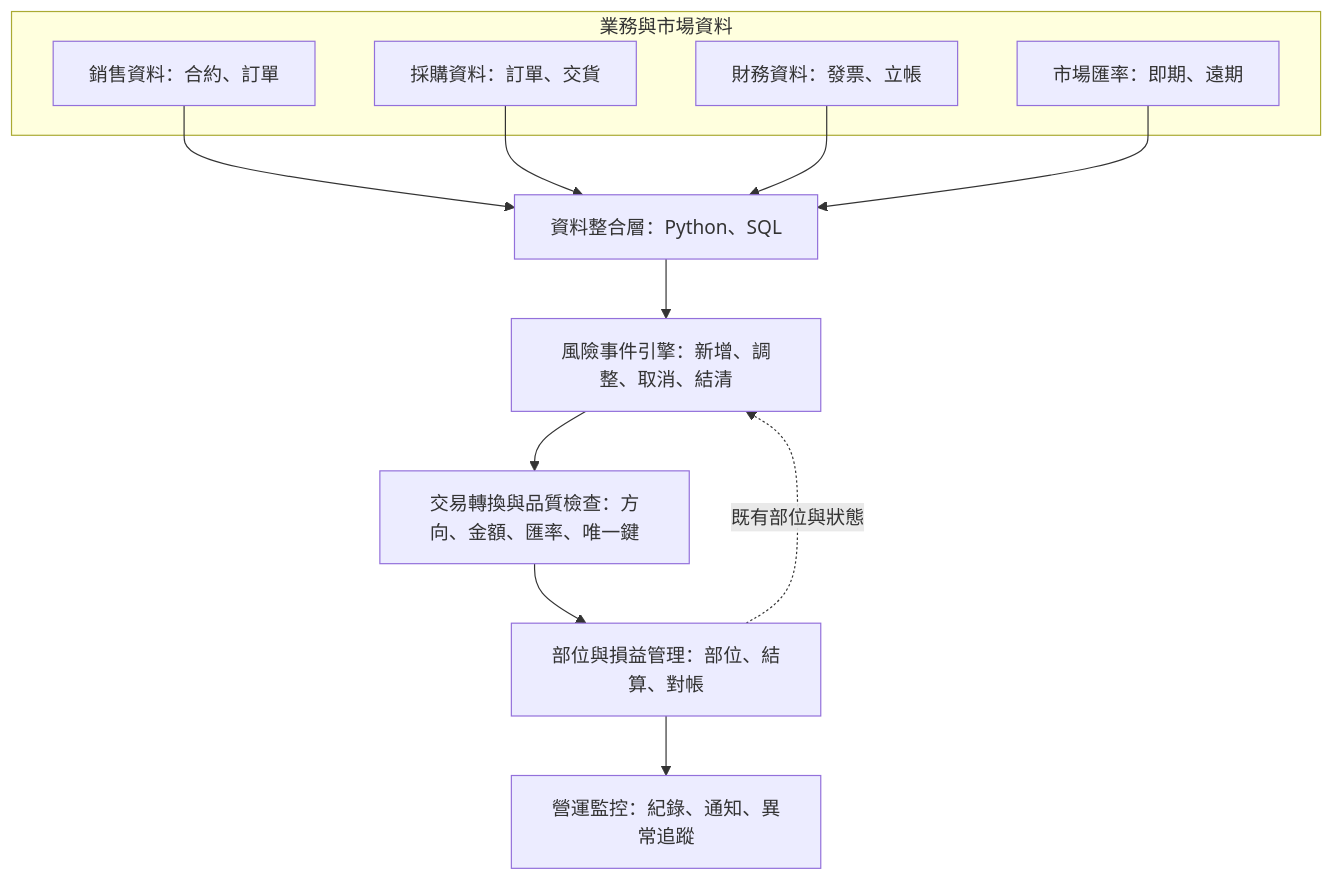
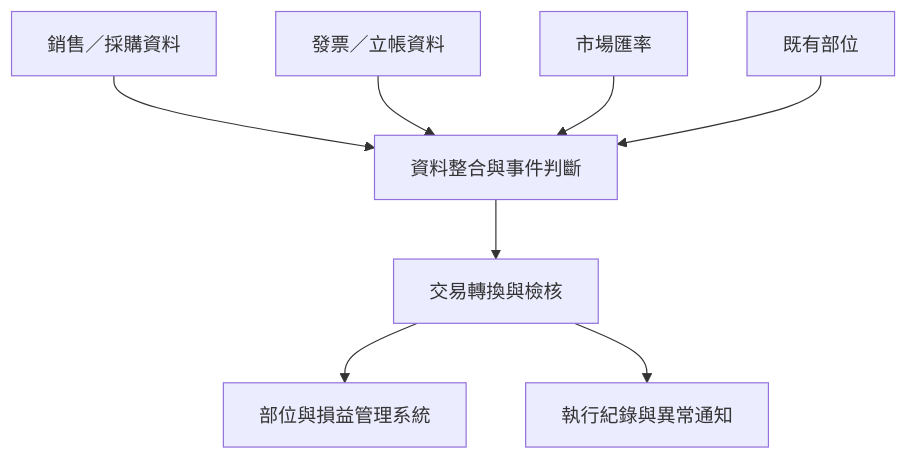
Before and after one commit to ChienChienChien/FX_Hedging_Automation: the diagram in README.md, drawn with Mermaid. The commit also changed other lines of this file, not shown here.

````diff
--- a/README.md
+++ b/README.md
@@ -50,25 +47,10 @@
 ```mermaid
 flowchart TB
-    subgraph Sources[業務與市場資料]
-        A["銷售資料：合約、訂單"]
-        B["採購資料：訂單、交貨"]
-        C["財務資料：發票、立帳"]
-        D["市場匯率：即期、遠期"]
-    end
-
-    E["資料整合層：Python、SQL"]
-    F["風險事件引擎：新增、調整、取消、結清"]
-    G["交易轉換與品質檢查：方向、金額、匯率、唯一鍵"]
-    H["部位與損益管理：部位、結算、對帳"]
-    I["營運監控：紀錄、通知、異常追蹤"]
-
-    A --> E
-    B --> E
-    C --> E
-    D --> E
-    E --> F
-    F --> G
-    G --> H
-    H --> I
-    H -. "既有部位與狀態" .-> F
+    A["銷售／採購資料"] --> E["資料整合與事件判斷"]
+    B["發票／立帳資料"] --> E
+    C["市場匯率"] --> E
+    D["既有部位"] --> E
+    E --> F["交易轉換與檢核"]
+    F --> G["部位與損益管理系統"]
+    F --> H["執行紀錄與異常通知"]
 ```
````
